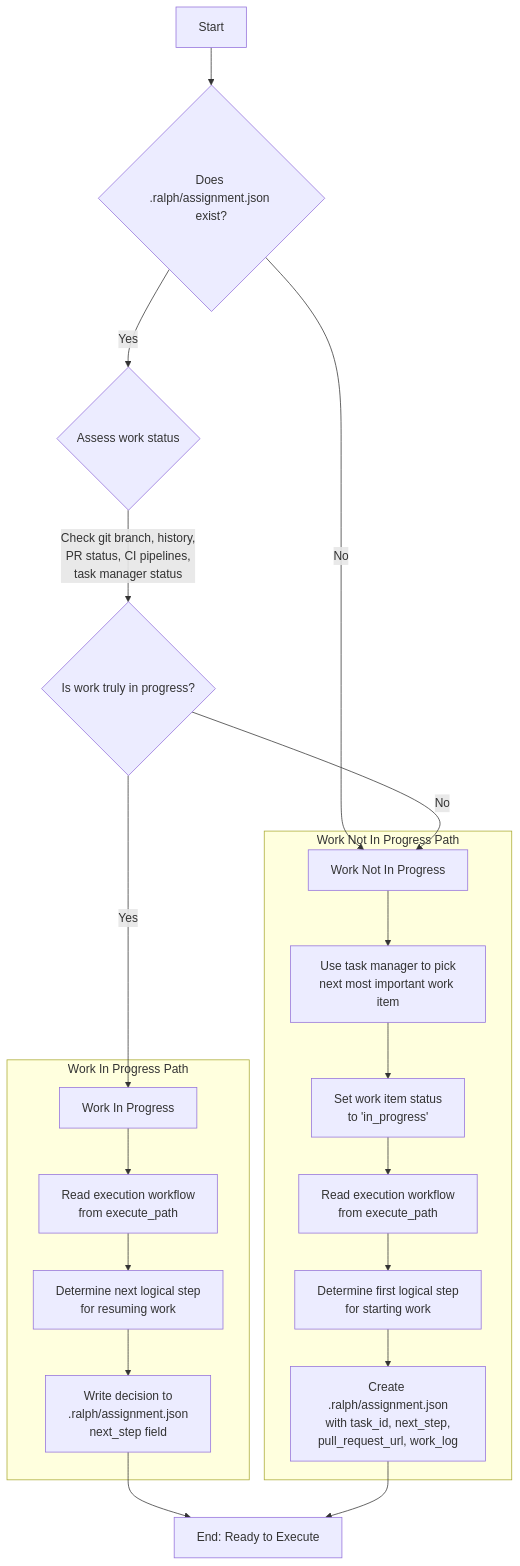
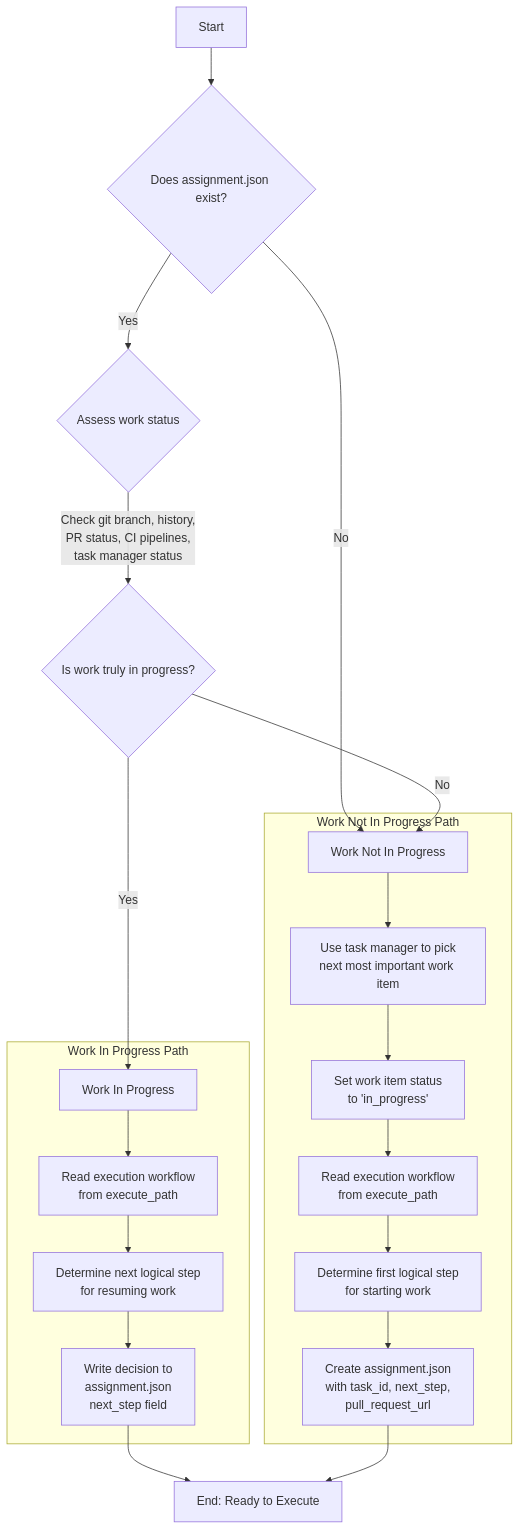
The diagram in prompts/orchestrate.md (htxryan/ralph-tui), drawn with Mermaid before and after one commit. The commit also changed other lines of this file and 12 other files, not shown here.

````diff
--- a/prompts/orchestrate.md
+++ b/prompts/orchestrate.md
@@ -42,29 +41,29 @@
 ```mermaid
 flowchart TD
-    A[Start] --> B{Does .ralph/assignment.json exist?}
+    A[Start] --> B{Does assignment.json exist?}
 
     B -->|No| C[Work Not In Progress]
     B -->|Yes| D{Assess work status}
 
     D -->|"Check git branch, history,<br/>PR status, CI pipelines,<br/>task manager status"| E{Is work truly in progress?}
 
     E -->|Yes| F[Work In Progress]
     E -->|No| C
 
     subgraph WIP ["Work In Progress Path"]
         F --> G[Read execution workflow<br/>from execute_path]
         G --> H[Determine next logical step<br/>for resuming work]
-        H --> I[Write decision to<br/>.ralph/assignment.json<br/>next_step field]
+        H --> I[Write decision to<br/>assignment.json<br/>next_step field]
     end
 
     subgraph NWP ["Work Not In Progress Path"]
         C --> J[Use task manager to pick<br/>next most important work item]
         J --> K[Set work item status<br/>to 'in_progress']
         K --> L[Read execution workflow<br/>from execute_path]
         L --> M[Determine first logical step<br/>for starting work]
-        M --> N[Create .ralph/assignment.json<br/>with task_id, next_step,<br/>pull_request_url, work_log]
+        M --> N[Create assignment.json<br/>with task_id, next_step,<br/>pull_request_url]
     end
 
     I --> O[End: Ready to Execute]
     N --> O
 ```
````
